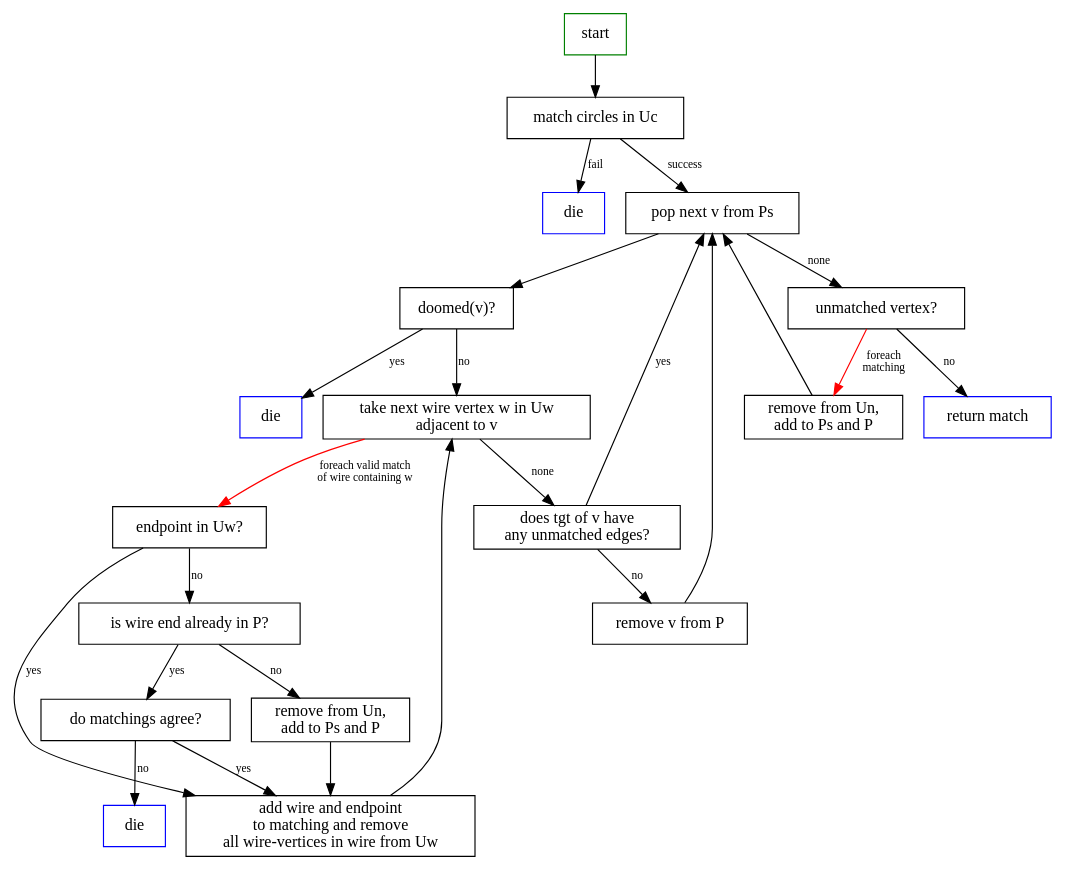
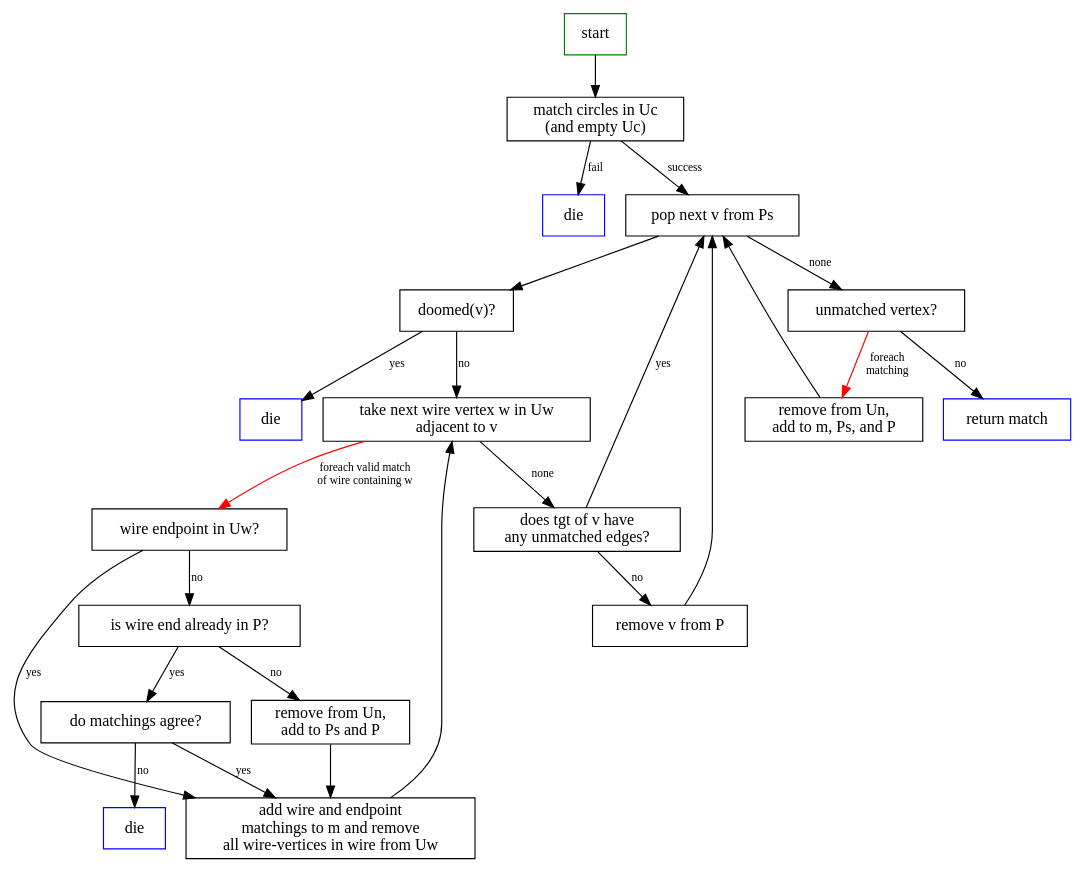
One commit to zxcalc/quantomatic changed the diagram in docs/matching_algo/concrete_part.dot. Above: the diagram before and after it, drawn with Graphviz. The commit also changed 1 other file, not shown here.

Commit message:
Start showing correctness of matching inner loop

```diff
--- a/docs/matching_algo/concrete_part.dot
+++ b/docs/matching_algo/concrete_part.dot
@@ -1,46 +1,46 @@
 digraph {
     node [shape=box]
     edge [fontsize=10]
     start [color=green]
-    circles [label="match circles in Uc"]
+    circles [label="match circles in Uc\n(and empty Uc)"]
     die0 [label=die,color=blue]
     scheduledpm [label="pop next v from Ps"]
     doomed [label="doomed(v)?"]
     die1 [label=die,color=blue]
     nextnhd [label="take next wire vertex w in Uw\nadjacent to v"]
-    addwiretomatch [label="add wire and endpoint\nto matching and remove\nall wire-vertices in wire from Uw"]
-    wireend [label="endpoint in Uw?"]
+    addwiretomatch [label="add wire and endpoint\nmatchings to m and remove\nall wire-vertices in wire from Uw"]
+    wireend [label="wire endpoint in Uw?"]
     wireendpm [label="is wire end already in P?"]
     matchagree [label="do matchings agree?"]
     die2 [label=die,color=blue]
     markpm [label="remove from Un,\nadd to Ps and P"]
     unmatchedtargnhd [label="does tgt of v have\nany unmatched edges?"]
     complete [label="remove v from P"]
     unmatched [label="unmatched vertex?"]
-    markpm2 [label="remove from Un,\nadd to Ps and P"]
+    markpm2 [label="remove from Un,\nadd to m, Ps, and P"]
     done [color=blue,label="return match"]
     
     start -> circles
     circles -> die0 [label=fail]
     circles -> scheduledpm [label=success]
     scheduledpm -> doomed
     doomed -> die1 [label=yes]
     doomed -> nextnhd [label=no]
     nextnhd -> wireend [label="foreach valid match\n of wire containing w",color=red]
     wireend -> wireendpm [label=no]
     wireend -> addwiretomatch [label=yes]
     wireendpm -> matchagree [label=yes]
     matchagree -> die2 [label=no]
     matchagree -> addwiretomatch [label=yes]
     wireendpm -> markpm [label=no]
     markpm -> addwiretomatch
     addwiretomatch -> nextnhd
     nextnhd -> unmatchedtargnhd [label=none]
     unmatchedtargnhd -> complete [label=no]
     unmatchedtargnhd -> scheduledpm [label=yes]
     complete -> scheduledpm
     scheduledpm -> unmatched [label=none]
     unmatched -> done [label=no]
     unmatched -> markpm2 [label="foreach\nmatching",color=red]
     markpm2 -> scheduledpm
 }
```
